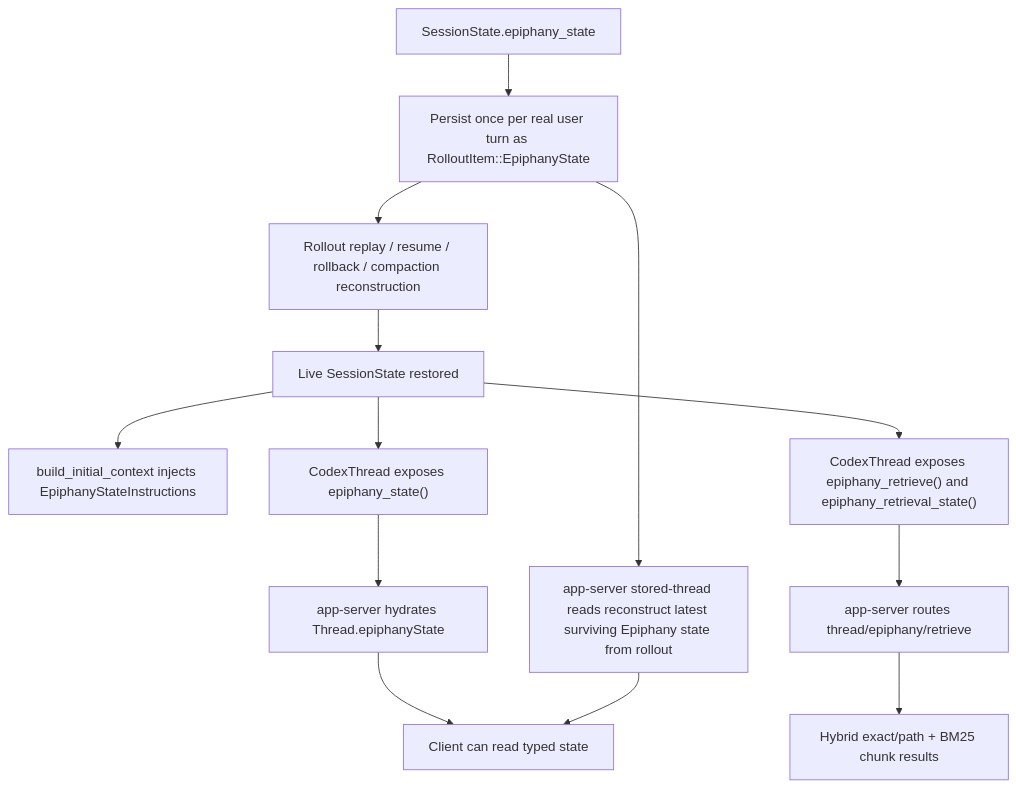
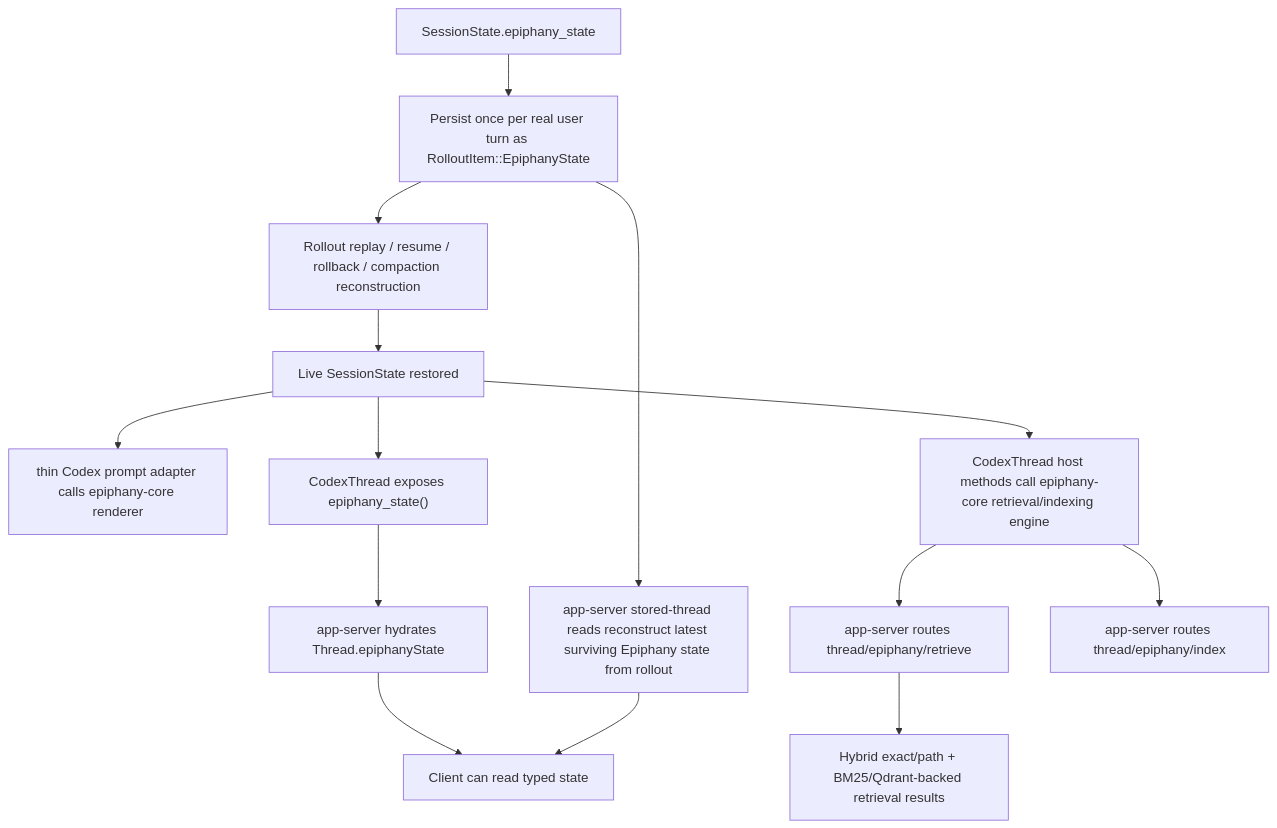
The diagram in notes/epiphany-current-algorithmic-map.md (GameCult/Epiphany), drawn with Mermaid before and after one commit. The commit also changed other lines of this file and 25 other files, not shown here.

Commit message:
Extract Epiphany core and add licensing guardrails

````diff
--- a/notes/epiphany-current-algorithmic-map.md
+++ b/notes/epiphany-current-algorithmic-map.md
@@ -36,15 +36,16 @@
 ```mermaid
 flowchart TD
     A["SessionState.epiphany_state"] --> B["Persist once per real user turn as RolloutItem::EpiphanyState"]
     B --> C["Rollout replay / resume / rollback / compaction reconstruction"]
     C --> D["Live SessionState restored"]
-    D --> E["build_initial_context injects EpiphanyStateInstructions"]
+    D --> E["thin Codex prompt adapter calls epiphany-core renderer"]
     D --> F["CodexThread exposes epiphany_state()"]
     F --> G["app-server hydrates Thread.epiphanyState"]
     B --> H["app-server stored-thread reads reconstruct latest surviving Epiphany state from rollout"]
     G --> I["Client can read typed state"]
     H --> I
-    D --> J["CodexThread exposes epiphany_retrieve() and epiphany_retrieval_state()"]
+    D --> J["CodexThread host methods call epiphany-core retrieval/indexing engine"]
     J --> K["app-server routes thread/epiphany/retrieve"]
-    K --> L["Hybrid exact/path + BM25 chunk results"]
+    J --> M["app-server routes thread/epiphany/index"]
+    K --> L["Hybrid exact/path + BM25/Qdrant-backed retrieval results"]
 ```
````
